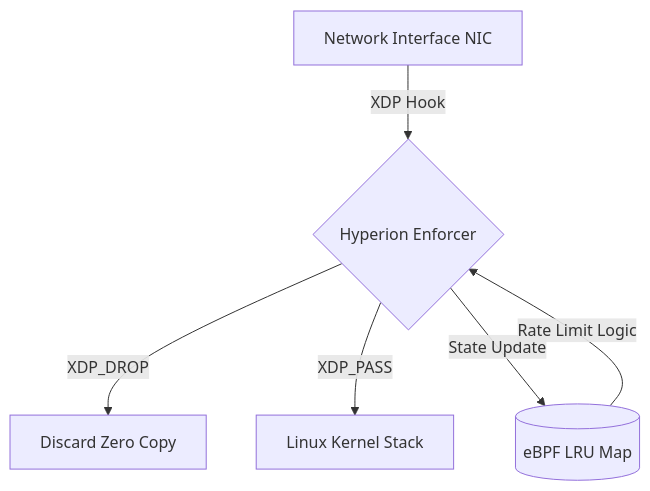
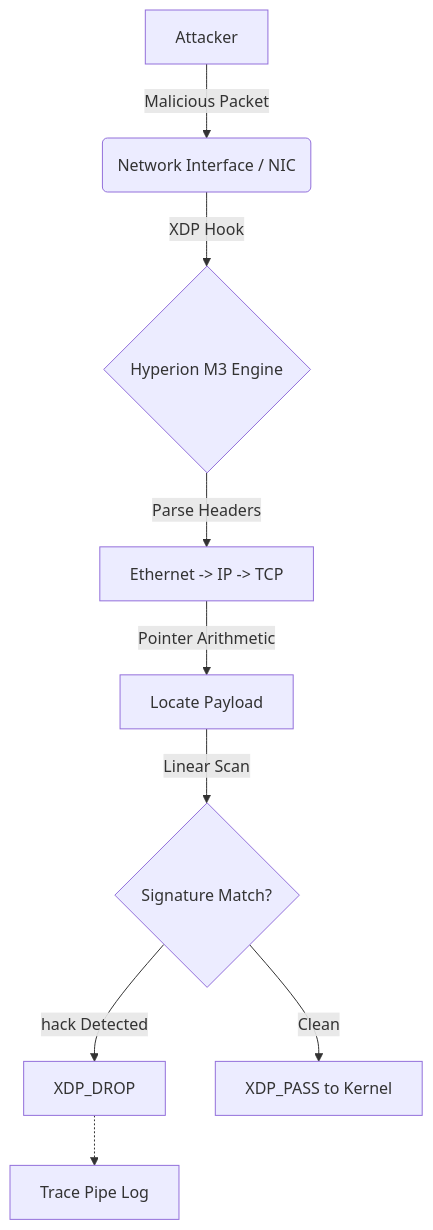
Before and after one commit to nevinshine/hyperion-xdp: the diagram in README.md, drawn with Mermaid. The commit also changed other lines of this file, not shown here.

````diff
--- a/README.md
+++ b/README.md
@@ -40,9 +40,12 @@
 ```mermaid
 graph TD
-    A[Network Interface NIC] -->|XDP Hook| B{Hyperion Enforcer}
-    B -- XDP_DROP --> C[Discard Zero Copy]
-    B -- XDP_PASS --> D[Linux Kernel Stack]
-    B -- State Update --> E[(eBPF LRU Map)]
-    E -->|Rate Limit Logic| B
+    A[Attacker] -->|Malicious Packet| B(Network Interface / NIC)
+    B -->|XDP Hook| C{Hyperion M3 Engine}
+    C -->|Parse Headers| D[Ethernet -> IP -> TCP]
+    D -->|Pointer Arithmetic| E[Locate Payload]
+    E -->|Linear Scan| F{Signature Match?}
+    F -- "hack" Detected --> G[XDP_DROP]
+    F -- Clean --> H[XDP_PASS to Kernel]
+    G -.-> I[Trace Pipe Log]
 
 ```
````
